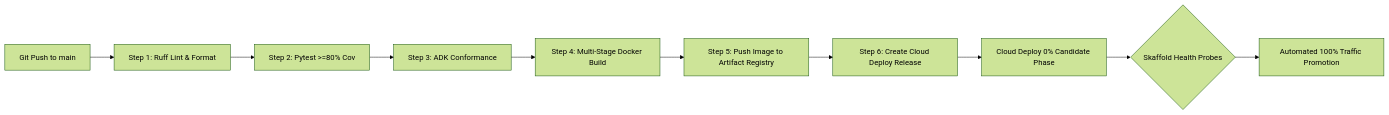
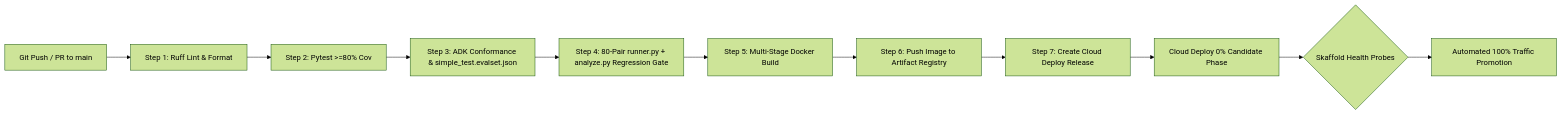
Before and after one commit to willie3838/williamc-ecomm-capstone: the fourth of 5 diagrams in ARCHITECTURE.md, drawn with Mermaid (forest theme). The commit also changed other lines of this file and 6 other files, not shown here.

Commit message:
[ci] (b/563425051) Add ADK simple case + runner.py regression gate to Cloud Build and fix intra-brand entity balancing

````diff
--- a/ARCHITECTURE.md
+++ b/ARCHITECTURE.md
@@ -456,12 +462,13 @@
 ```mermaid
 flowchart LR
-    COMMIT[Git Push to main] --> LINT[Step 1: Ruff Lint & Format]
+    COMMIT[Git Push / PR to main] --> LINT[Step 1: Ruff Lint & Format]
     LINT --> TEST[Step 2: Pytest >=80% Cov]
-    TEST --> ADK[Step 3: ADK Conformance]
-    ADK --> DOCKER[Step 4: Multi-Stage Docker Build]
-    DOCKER --> AR[Step 5: Push Image to Artifact Registry]
-    AR --> REL[Step 6: Create Cloud Deploy Release]
+    TEST --> ADK[Step 3: ADK Conformance & simple_test.evalset.json]
+    ADK --> BENCH[Step 4: 80-Pair runner.py + analyze.py Regression Gate]
+    BENCH --> DOCKER[Step 5: Multi-Stage Docker Build]
+    DOCKER --> AR[Step 6: Push Image to Artifact Registry]
+    AR --> REL[Step 7: Create Cloud Deploy Release]
     REL --> CANARY[Cloud Deploy 0% Candidate Phase]
     CANARY --> VERIFY{Skaffold Health Probes}
     VERIFY --> PROMOTE[Automated 100% Traffic Promotion]
 ```
````
